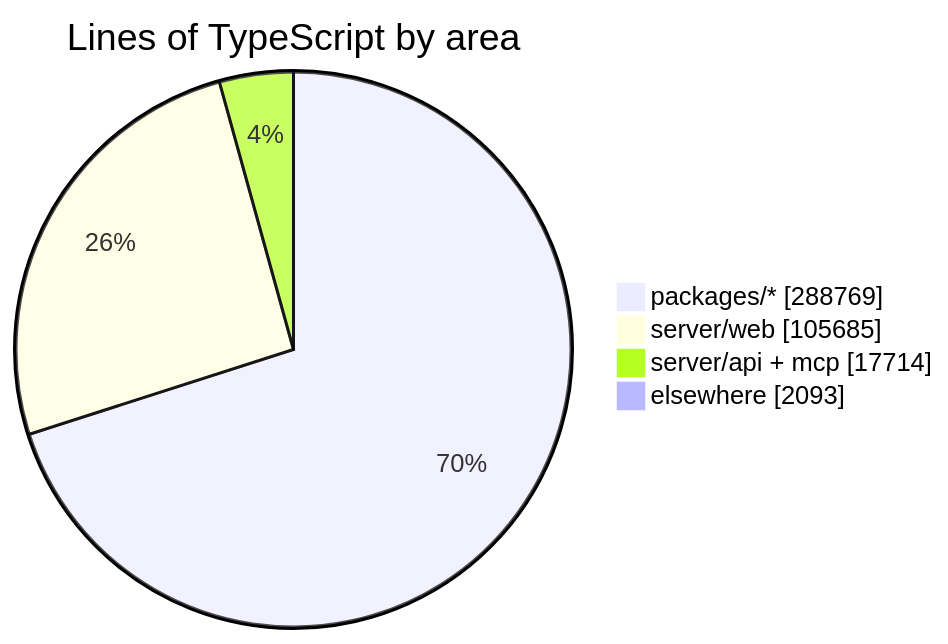
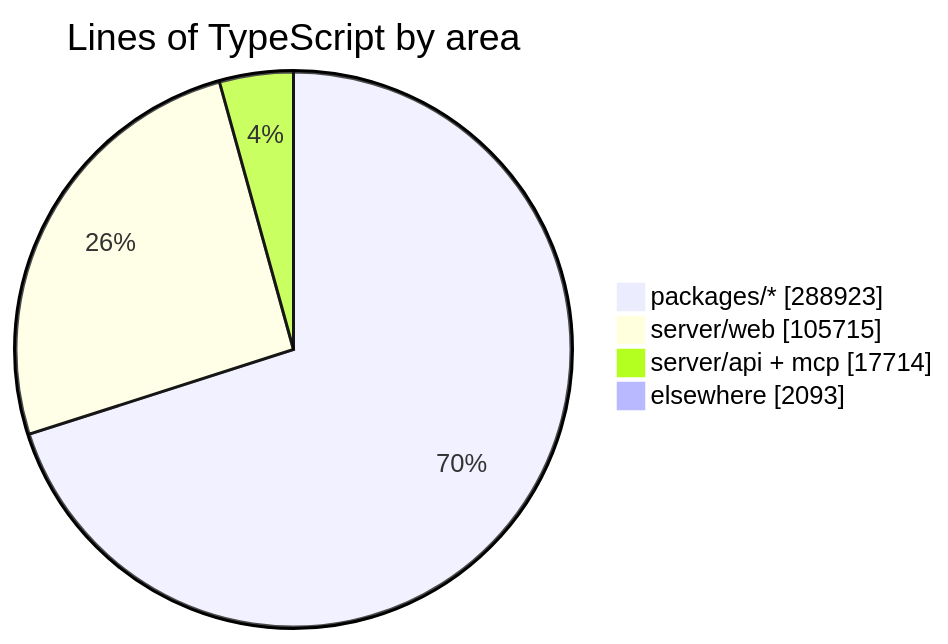
One commit to crossworks-engineering/mantle changed the diagram in README.md. Above: the diagram before and after it, drawn with Mermaid. The commit also changed other lines of this file and 2 other files, not shown here.

````diff
--- a/README.md
+++ b/README.md
@@ -294,7 +294,7 @@
 ```mermaid
 pie showData title Lines of TypeScript by area
-    "packages/*" : 288769
-    "server/web" : 105685
+    "packages/*" : 288923
+    "server/web" : 105715
     "server/api + mcp" : 17714
     "elsewhere" : 2093
 ```
````
